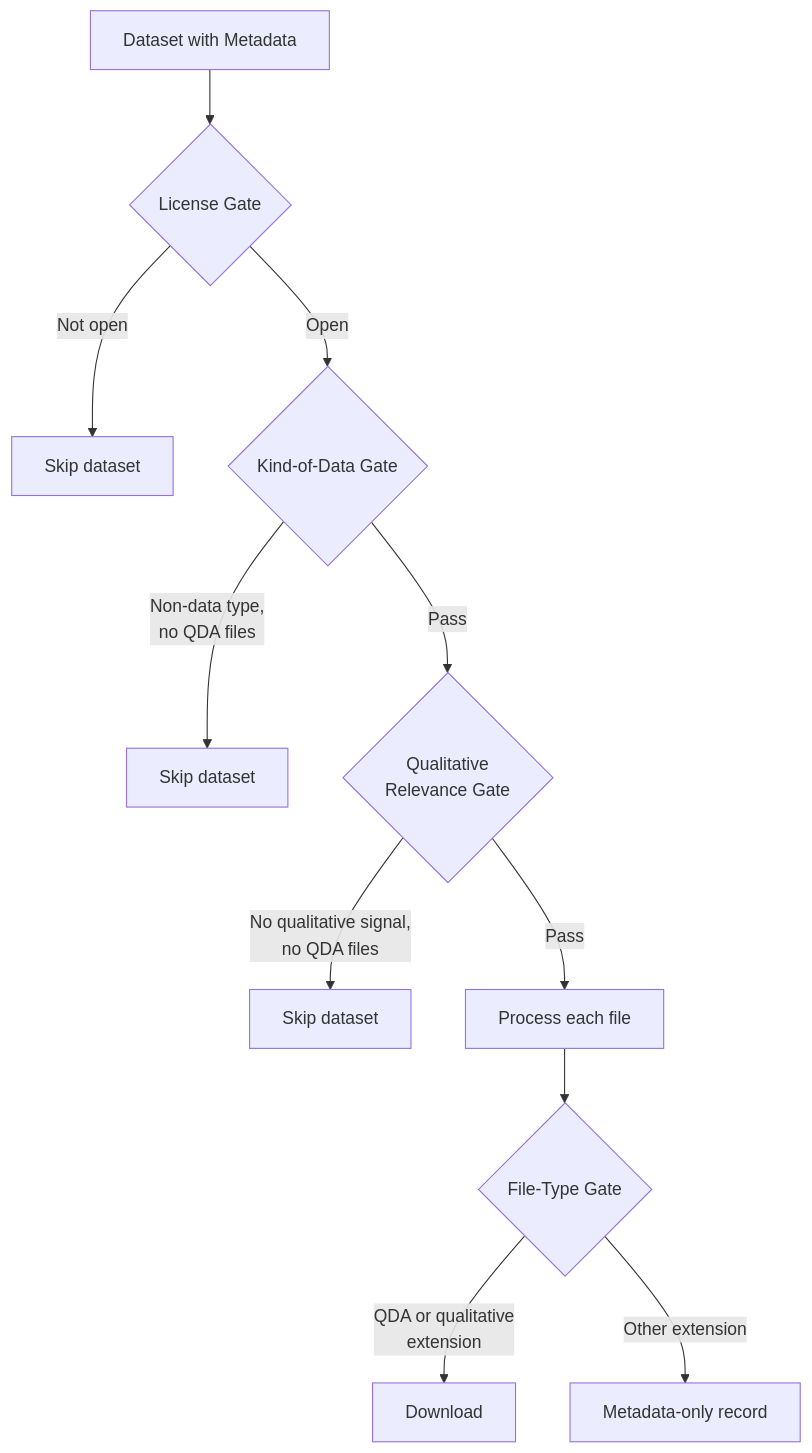
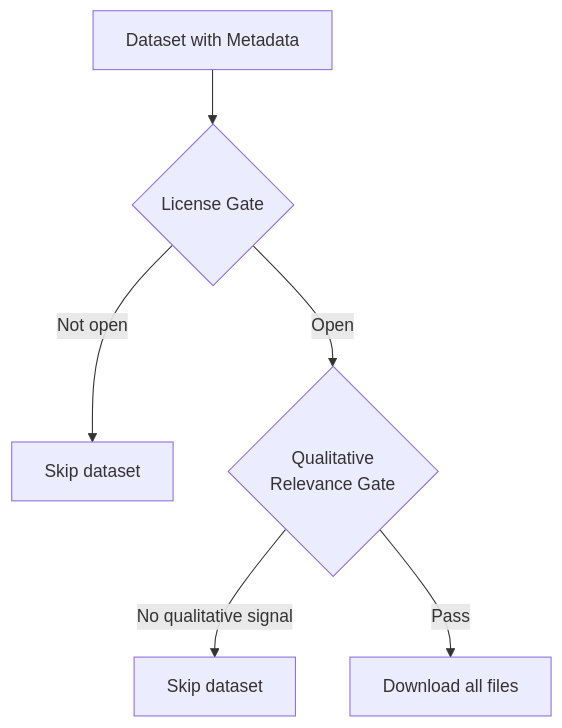
Before and after one commit to prantoamt/seeding-QDArchive: the third of 4 diagrams in algorithm.md, drawn with Mermaid. The commit also changed other lines of this file and 19 other files, not shown here.

````diff
--- a/algorithm.md
+++ b/algorithm.md
@@ -140,13 +140,8 @@
 ```mermaid
 flowchart TD
     M[Dataset with Metadata] --> G1{License Gate}
     G1 -- Not open --> SKIP1[Skip dataset]
-    G1 -- Open --> G2{Kind-of-Data Gate}
-    G2 -- Non-data type,\nno QDA files --> SKIP2[Skip dataset]
-    G2 -- Pass --> G3{Qualitative\nRelevance Gate}
-    G3 -- No qualitative signal,\nno QDA files --> SKIP3[Skip dataset]
-    G3 -- Pass --> FILES[Process each file]
-    FILES --> G4{File-Type Gate}
-    G4 -- QDA or qualitative\nextension --> DL[Download]
-    G4 -- Other extension --> META[Metadata-only record]
+    G1 -- Open --> G2{Qualitative\nRelevance Gate}
+    G2 -- No qualitative signal --> SKIP2[Skip dataset]
+    G2 -- Pass --> DL[Download all files]
 ```
````
